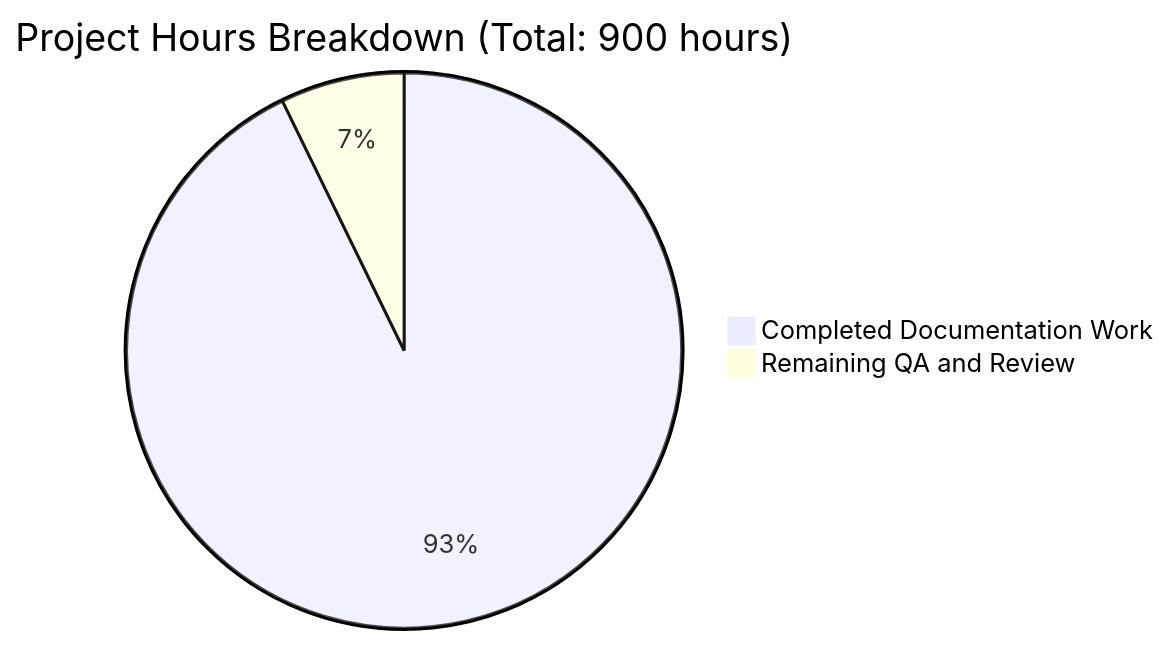
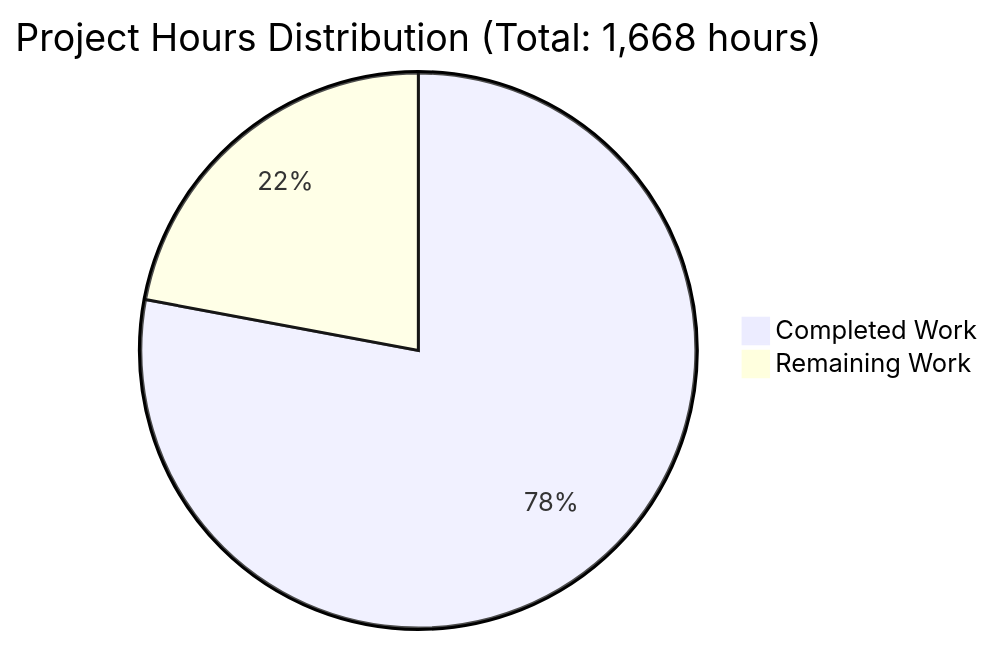
One commit to blitzy-public-samples/blitzy-dnsmasq-mirror changed the diagram in blitzy/documentation/Project Guide.md. Above: the diagram before and after it, drawn with Mermaid. The commit also changed other lines of this file, not shown here.

Commit message:
Adding Blitzy Project Guide: Project Status and Human Tasks Remaining

````diff
--- a/blitzy/documentation/Project Guide.md
+++ b/blitzy/documentation/Project Guide.md
@@ -42,5 +61,5 @@
 ```mermaid
-pie title Project Hours Breakdown (Total: 900 hours)
-    "Completed Documentation Work" : 835
-    "Remaining QA and Review" : 65
+pie title Project Hours Distribution (Total: 1,668 hours)
+    "Completed Work" : 1300
+    "Remaining Work" : 368
 ```
````
